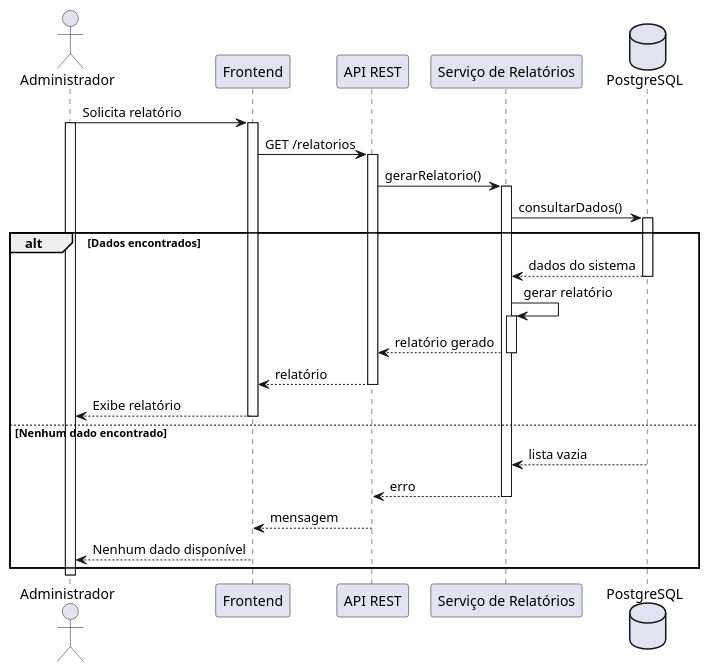
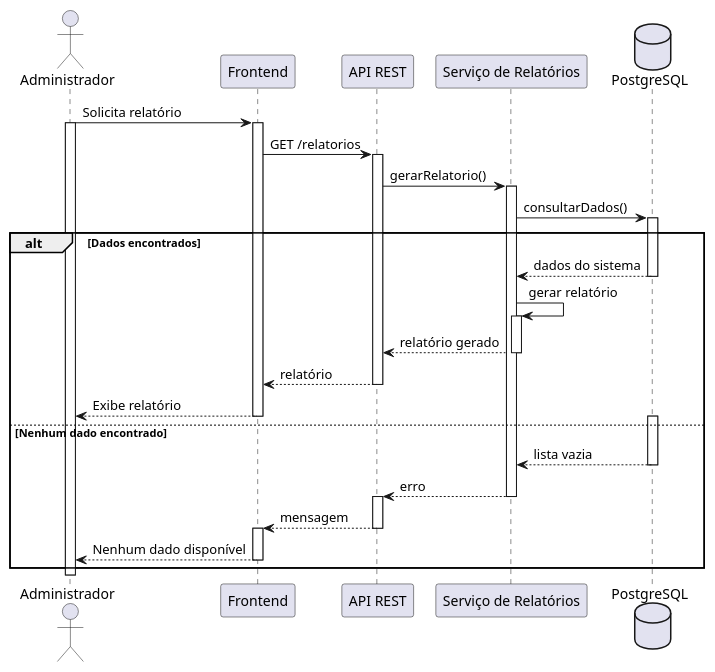
One commit to mthsz-dm/Conecta-Eventos changed the diagram in PlantUML/Diagrama de sequencia detalhado/Diagrama-de-sequencia-UC-12.plantuml. Above: the diagram before and after it, drawn with PlantUML. The commit also changed 5 other files, not shown here.

Commit message:
Modificação de diagrama de sequencia

```diff
--- a/PlantUML/Diagrama de sequencia detalhado/Diagrama-de-sequencia-UC-12.plantuml
+++ b/PlantUML/Diagrama de sequencia detalhado/Diagrama-de-sequencia-UC-12.plantuml
@@ -1,45 +1,47 @@
 @startuml
 
 autoactivate on
 
 actor Administrador
 
 participant "Frontend" as Frontend
 participant "API REST" as API
 participant "Serviço de Relatórios" as Service
 database "PostgreSQL" as DB
 
 Administrador -> Frontend : Solicita relatório
 activate Administrador
 Frontend -> API : GET /relatorios
 
 API -> Service : gerarRelatorio()
 
 Service -> DB : consultarDados()
 
 alt Dados encontrados
 
     DB --> Service : dados do sistema
 
     Service -> Service : gerar relatório
 
     Service --> API : relatório gerado
 
     API --> Frontend : relatório
 
     Frontend --> Administrador : Exibe relatório
 
 else Nenhum dado encontrado
-
+    activate  DB
     DB --> Service : lista vazia
 
     Service --> API : erro
 
+    activate API
     API --> Frontend : mensagem
 
+    activate Frontend
     Frontend --> Administrador : Nenhum dado disponível
 
 end
 
 deactivate Administrador
 @enduml
```
